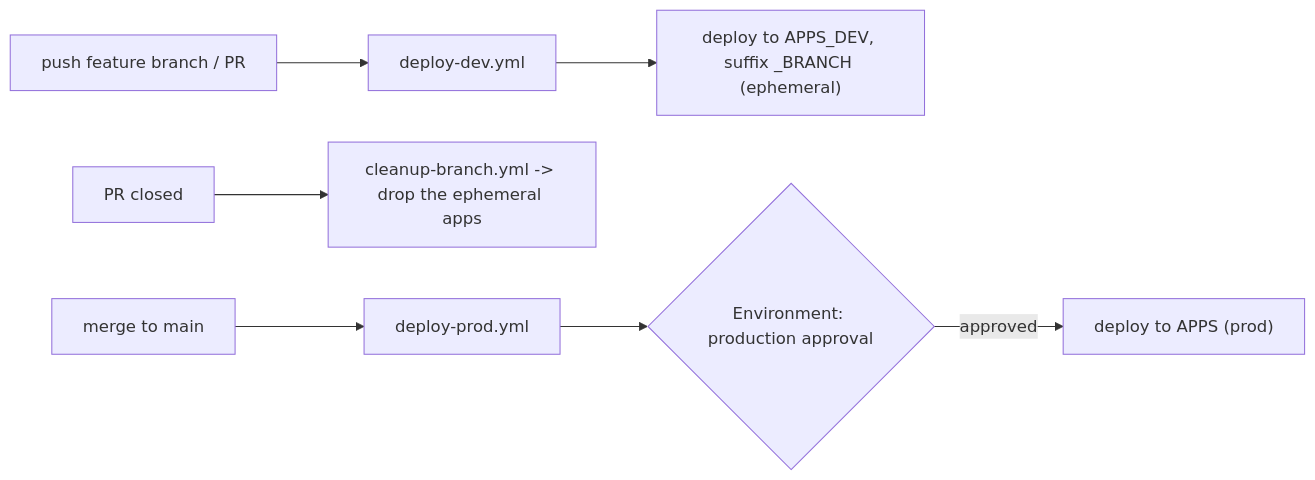
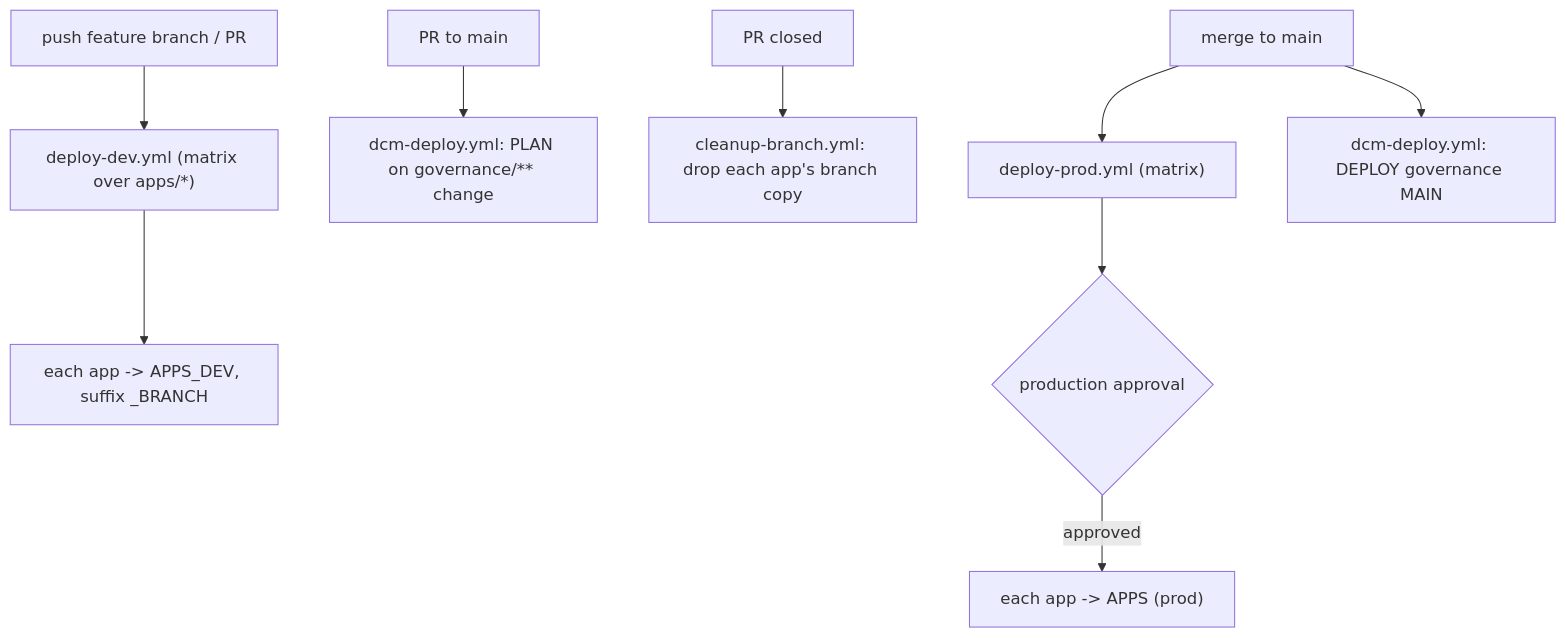
One commit to Jeremy-Demlow/Snowflake-App-Runtime-Example changed the fourth of 4 diagrams in docs/ARCHITECTURE.md. Above: the diagram before and after it, drawn with Mermaid. The commit also changed other lines of this file and 15 other files, not shown here.

First line of the commit message:
Add multi-app CI framework, DCM-in-CI, and framework docs

````diff
--- a/docs/ARCHITECTURE.md
+++ b/docs/ARCHITECTURE.md
@@ -90,9 +112,11 @@
 ```mermaid
-flowchart LR
-  feat["push feature branch / PR"] --> devwf["deploy-dev.yml"]
-  devwf --> appsdev["deploy to APPS_DEV, suffix _BRANCH (ephemeral)"]
-  close["PR closed"] --> cleanwf["cleanup-branch.yml -> drop the ephemeral apps"]
-  main["merge to main"] --> prodwf["deploy-prod.yml"]
-  prodwf --> gate{"Environment: production approval"}
-  gate -->|approved| appsprod["deploy to APPS (prod)"]
+flowchart TD
+  feat["push feature branch / PR"] --> devwf["deploy-dev.yml (matrix over apps/*)"]
+  devwf --> appsdev["each app -> APPS_DEV, suffix _BRANCH"]
+  pr["PR to main"] --> dcmp["dcm-deploy.yml: PLAN on governance/** change"]
+  close["PR closed"] --> cleanwf["cleanup-branch.yml: drop each app's branch copy"]
+  main["merge to main"] --> prodwf["deploy-prod.yml (matrix)"]
+  main --> dcmd["dcm-deploy.yml: DEPLOY governance MAIN"]
+  prodwf --> gate{"production approval"}
+  gate -->|approved| appsprod["each app -> APPS (prod)"]
 ```
````
